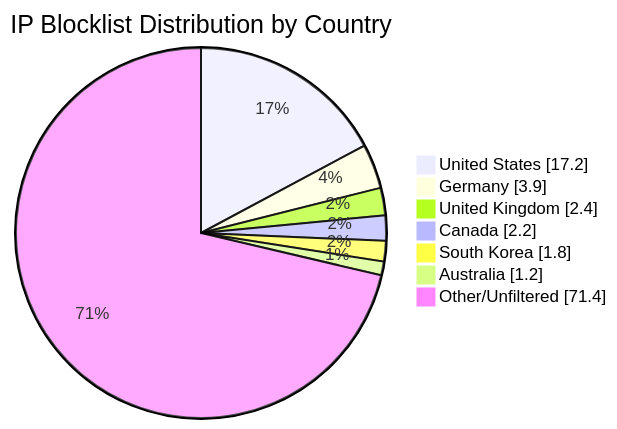
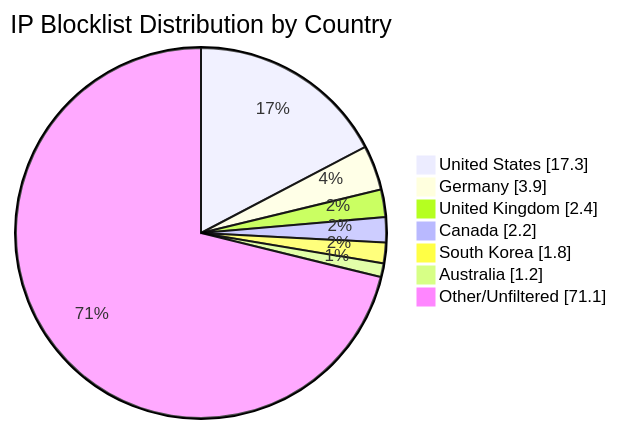
One commit to MarcusHoltz/ipblocklist-geofiltered-aggregator changed the diagram in README.md. Above: the diagram before and after it, drawn with Mermaid. The commit also changed other lines of this file and 9 other files, not shown here.

````diff
--- a/README.md
+++ b/README.md
@@ -34,10 +34,10 @@
 ```mermaid
 pie showData title IP Blocklist Distribution by Country
-"United States" : 17.2
+"United States" : 17.3
 "Germany" : 3.9
 "United Kingdom" : 2.4
 "Canada" : 2.2
 "South Korea" : 1.8
 "Australia" : 1.2
-"Other/Unfiltered" : 71.4
+"Other/Unfiltered" : 71.1
 ```
````
